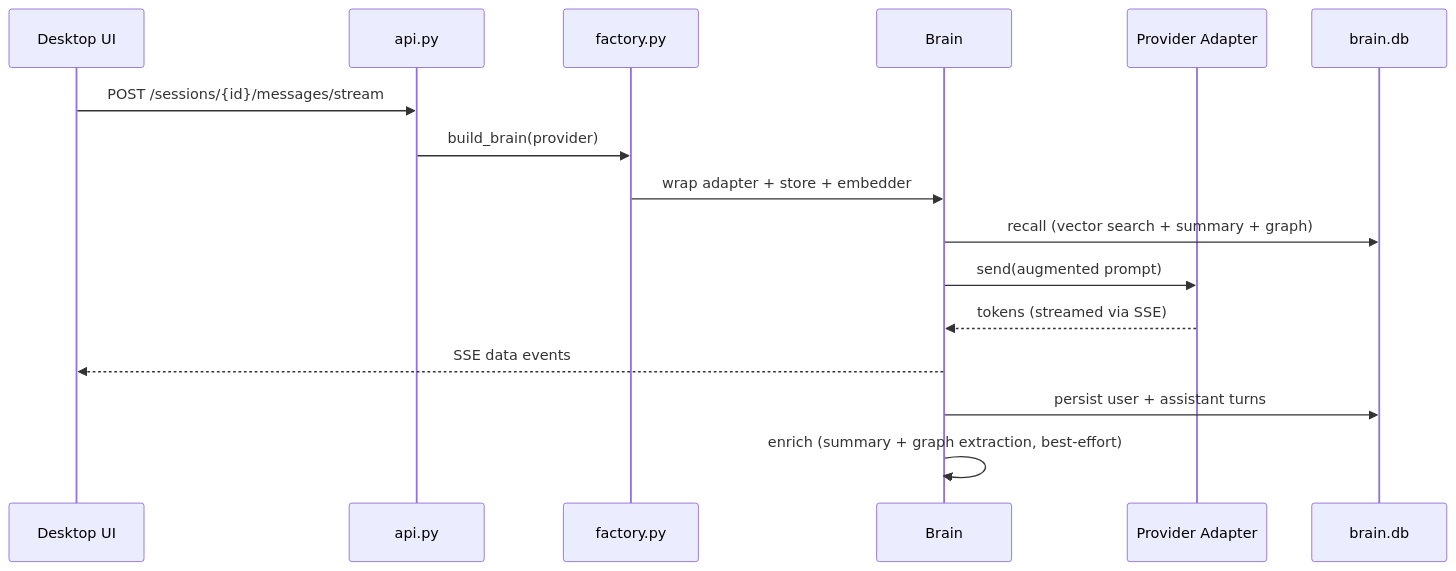
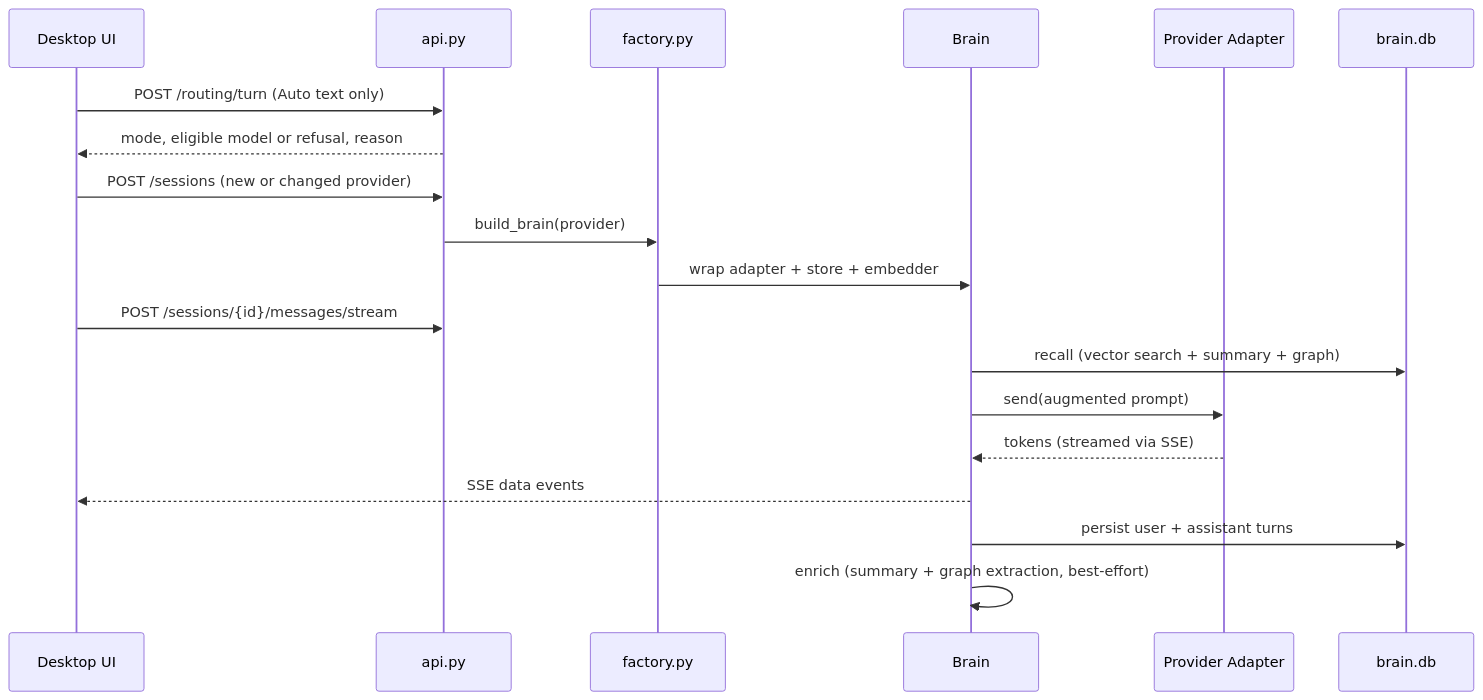
One commit to Subham12R/Atlas changed the first of 4 diagrams in README.md. Above: the diagram before and after it, drawn with Mermaid. The commit also changed other lines of this file and 24 other files, not shown here.

````diff
--- a/README.md
+++ b/README.md
@@ -110,19 +116,22 @@
 ```mermaid
 sequenceDiagram
     participant UI as Desktop UI
     participant API as api.py
     participant Factory as factory.py
     participant Brain as Brain
     participant Adapter as Provider Adapter
     participant Store as brain.db
 
-    UI->>API: POST /sessions/{id}/messages/stream
+    UI->>API: POST /routing/turn (Auto text only)
+    API-->>UI: mode, eligible model or refusal, reason
+    UI->>API: POST /sessions (new or changed provider)
     API->>Factory: build_brain(provider)
     Factory->>Brain: wrap adapter + store + embedder
+    UI->>API: POST /sessions/{id}/messages/stream
     Brain->>Store: recall (vector search + summary + graph)
     Brain->>Adapter: send(augmented prompt)
     Adapter-->>Brain: tokens (streamed via SSE)
     Brain-->>UI: SSE data events
     Brain->>Store: persist user + assistant turns
     Brain->>Brain: enrich (summary + graph extraction, best-effort)
 ```
````
